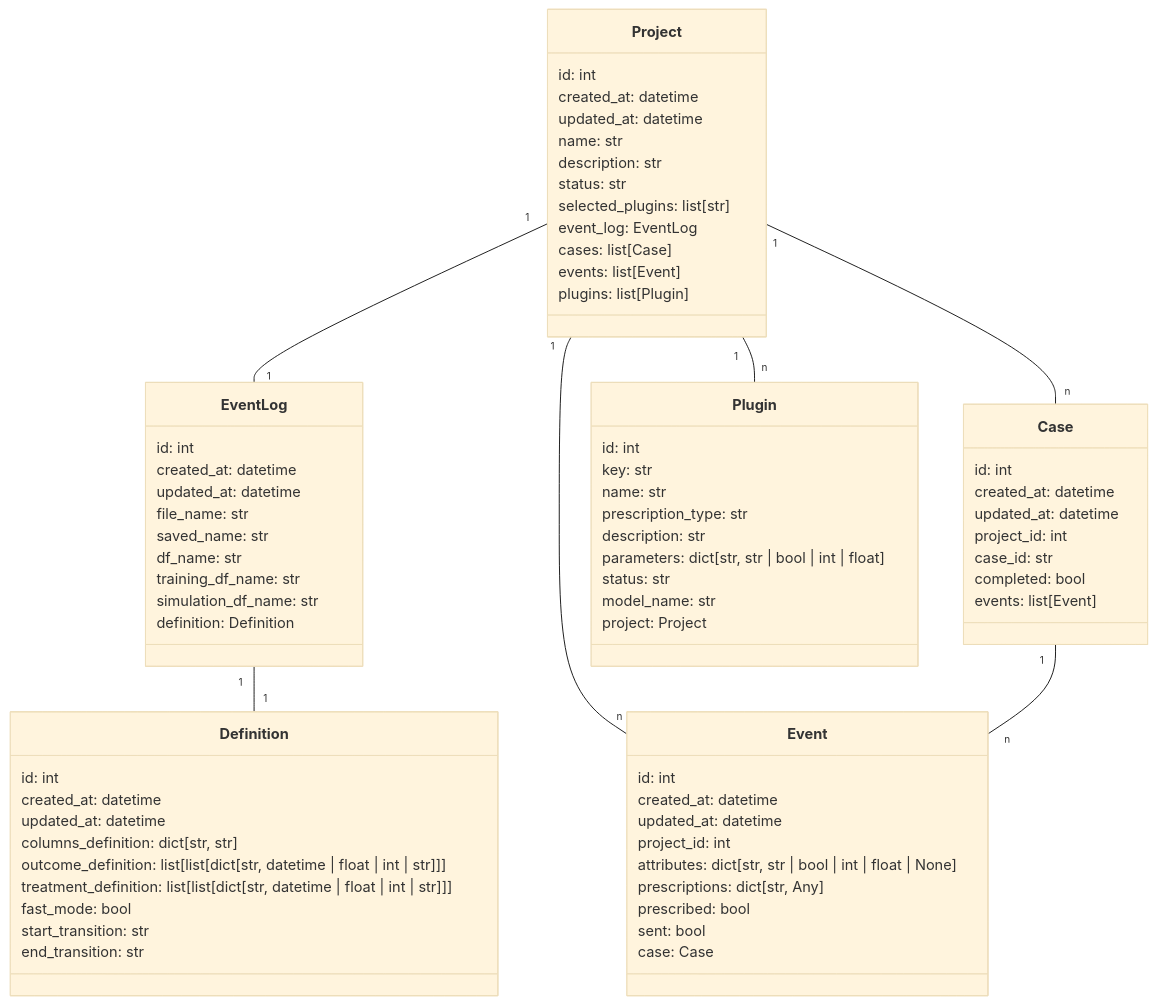
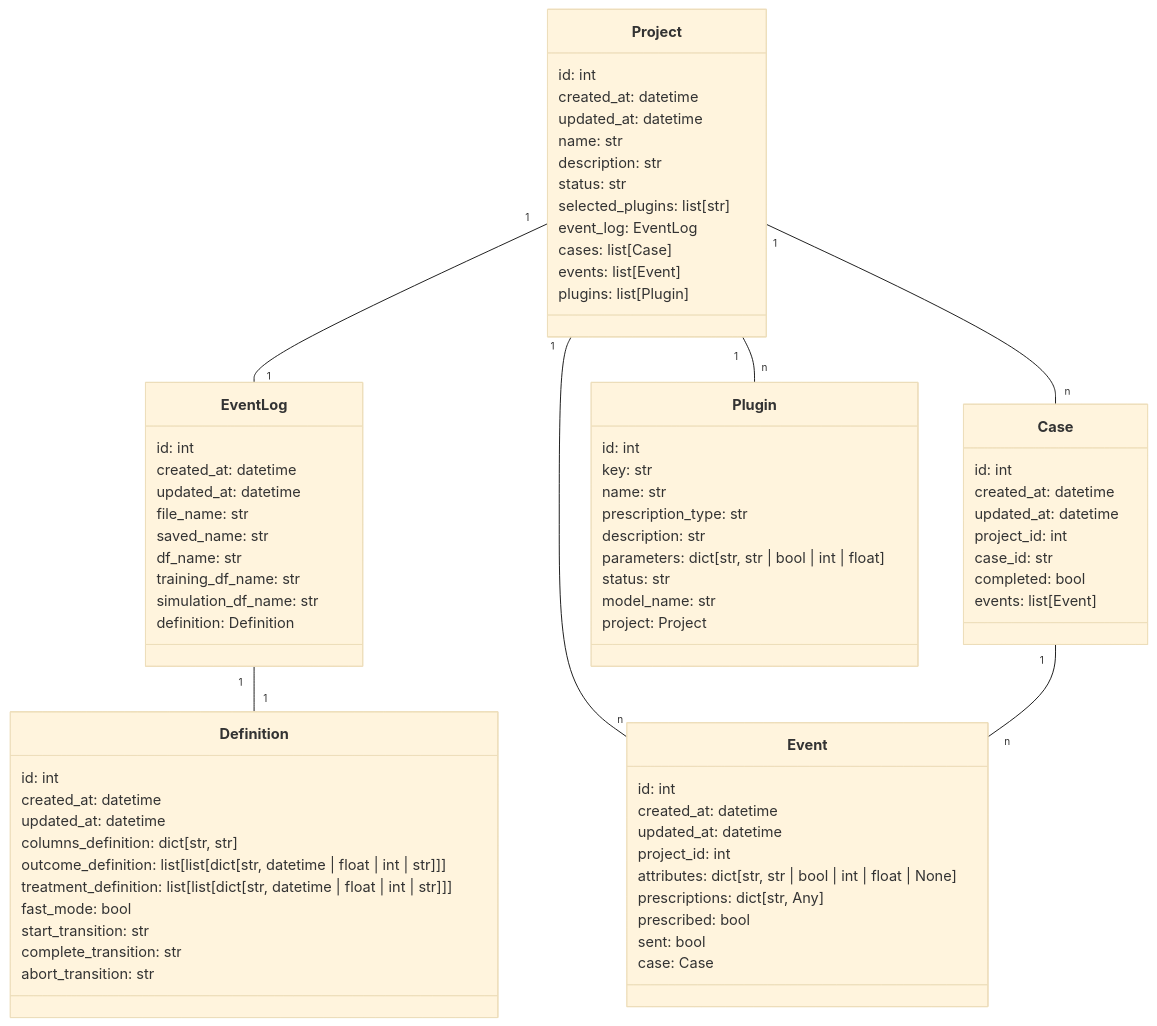
One commit to prcore/docs changed the diagram in content/development/core/_index.md. Above: the diagram before and after it, drawn with Mermaid (base theme). The commit also changed 3 other files, not shown here.

```diff
--- a/content/development/core/_index.md
+++ b/content/development/core/_index.md
@@ -12,81 +12,82 @@
 {{< mermaid class="text-center" >}}
 classDiagram
     class EventLog {
         id: int
         created_at: datetime
         updated_at: datetime
         file_name: str
         saved_name: str
         df_name: str
         training_df_name: str
         simulation_df_name: str
         definition: Definition
     }
 
     class Definition {
         id: int
         created_at: datetime
         updated_at: datetime
         columns_definition: dict[str, str]
         outcome_definition: list[list[dict[str, datetime | float | int | str]]]
         treatment_definition: list[list[dict[str, datetime | float | int | str]]]
         fast_mode: bool
         start_transition: str
-        end_transition: str
+        complete_transition: str
+        abort_transition: str
     }
 
     class Project {
         id: int
         created_at: datetime
         updated_at: datetime
         name: str
         description: str
         status: str
         selected_plugins: list[str]
         event_log: EventLog
         cases: list[Case]
         events: list[Event]
         plugins: list[Plugin]
     }
 
     class Case{
         id: int
         created_at: datetime
         updated_at: datetime
         project_id: int
         case_id: str
         completed: bool
         events: list[Event]
     }
 
     class Event{
         id: int
         created_at: datetime
         updated_at: datetime
         project_id: int
         attributes: dict[str, str | bool | int | float | None]
         prescriptions: dict[str, Any]
         prescribed: bool
         sent: bool
         case: Case
     }
 
     class Plugin {
         id: int
         key: str
         name: str
         prescription_type: str
         description: str
         parameters: dict[str, str | bool | int | float]
         status: str
         model_name: str
         project: Project
     }
 
     EventLog "1" -- "1" Definition
     Project "1" -- "1" EventLog
     Project "1" -- "n" Case
     Project "1" -- "n" Event
     Case "1" -- "n" Event
     Project "1" -- "n" Plugin
 {{< /mermaid >}}
```
